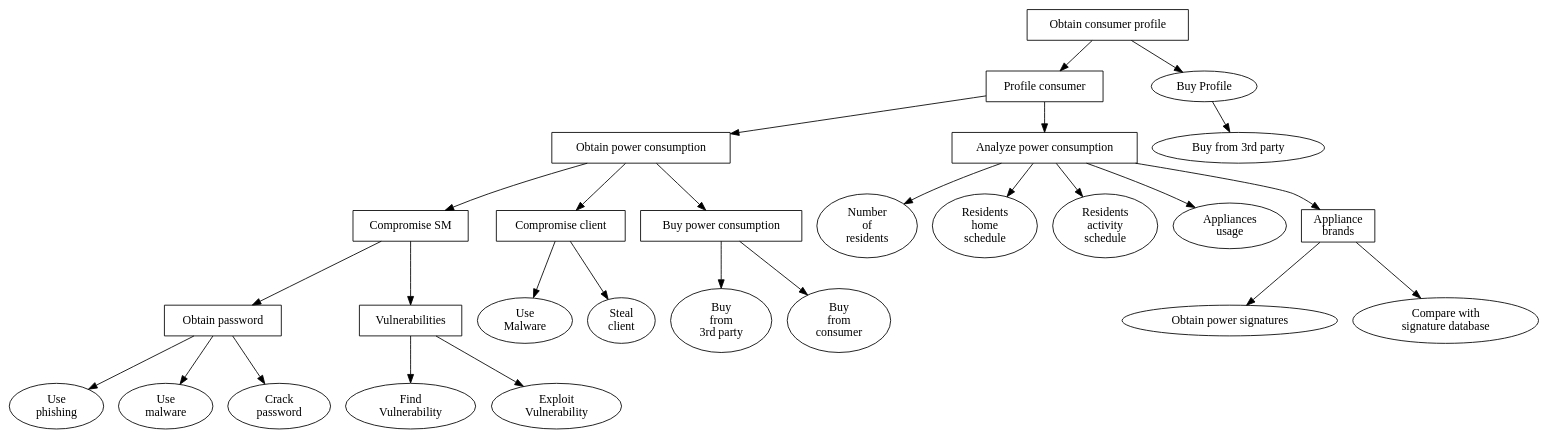
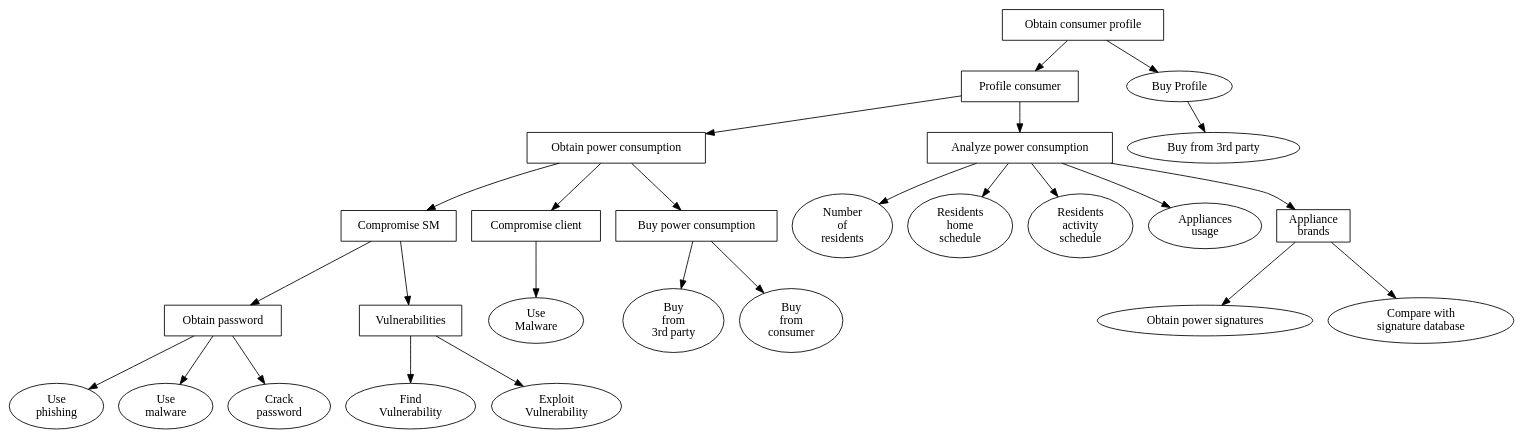
One commit to des904e15/report changed the diagram in figures/graphviz/information_stealing_vs_consumer_tree.dot. Above: the diagram before and after it, drawn with Graphviz. The commit also changed 31 other files, not shown here.

```diff
--- a/figures/graphviz/information_stealing_vs_consumer_tree.dot
+++ b/figures/graphviz/information_stealing_vs_consumer_tree.dot
@@ -1,62 +1,61 @@
 digraph G{
 	node [style=filled fillcolor=white]
 
 	root[label="Obtain consumer profile",shape=OR];	
 
 	root -> profile;
 	buyProfile[label="Buy Profile"];
 	root -> buyProfile;
 
 	buy_third_party2[label="Buy from 3rd party"];
 	buyProfile ->  buy_third_party2;
 
 	profile[label="Profile consumer",shape=AND];
 
 	obtain_information[label="Obtain power consumption",shape=OR];
 	analyse_power_consumption[label="Analyze power consumption",shape=OR];
 
 	compromise_sm[label="Compromise SM",shape=OR];
 	compromise_sm -> obtainPassword;
 	exploitVulnerability[label="Vulnerabilities"];
 		compromise_sm -> exploitVulnerability;
 
 		obtainPassword[label="Obtain password",shape=OR];
 		phishing[label="Use\nphishing"];
 		obtainPassword -> phishing;
 		malware2[label="Use\nmalware"];
 		obtainPassword -> malware2;
 		crackPassword[label="Crack\npassword"];
 		obtainPassword -> crackPassword;
 
 		exploitVulnerability[shape=AND];
 		findVuln[label="Find\nVulnerability"];
 		exploitVulnerability -> findVuln;
 		exploitVuln[label="Exploit\nVulnerability"];
 		exploitVulnerability -> exploitVuln;
 
 		hack_client[label="Compromise client",shape=OR];
 		buy_information[label="Buy power consumption",shape=OR];
 	residents[label="Number\nof\nresidents"];
 	home[label="Residents\nhome\nschedule"];
 	activity_residents[label="Residents\nactivity\nschedule"];
 	when_appl[label="Appliances\nusage"];
 	what_appl[label="Appliance\nbrands",shape=AND];
 
 	buy_third_party[label="Buy\nfrom\n3rd party"];
 	buy_from_consumer[label="Buy\nfrom\nconsumer"];
 	
 	malware[label="Use\nMalware"];
-	physical[label="Steal\nclient"];
 	power_signatures[label="Obtain power signatures"];
 	power_compare[label="Compare with \nsignature database"];
 	
 
 	profile -> obtain_information, analyse_power_consumption;
 	obtain_information -> compromise_sm, hack_client, buy_information;
 	analyse_power_consumption ->  residents, activity_residents, home, when_appl, what_appl;
 	buy_information -> buy_third_party, buy_from_consumer;
-	hack_client -> malware, physical;
+	hack_client -> malware;
 
 	what_appl -> power_signatures, power_compare;
 	
 	}
```
